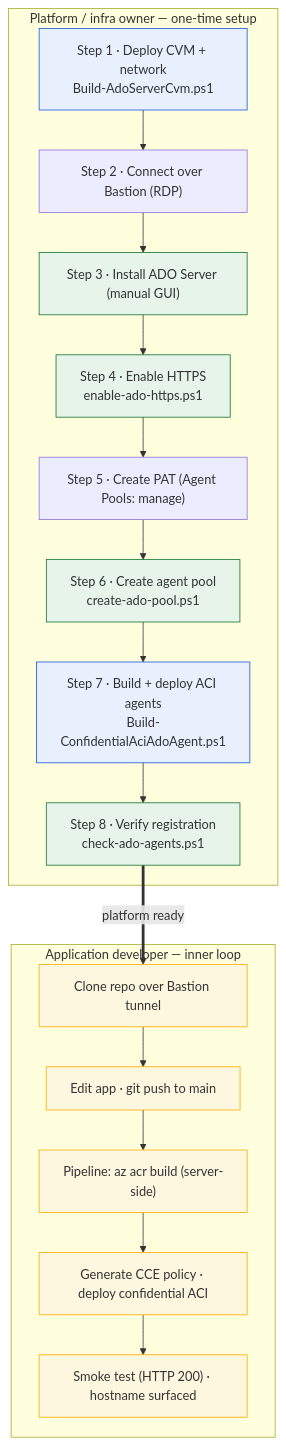
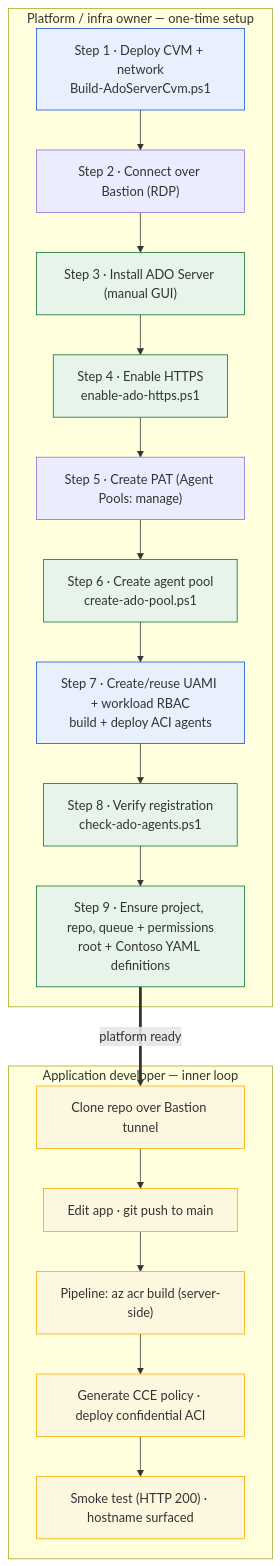
Before and after one commit to vinfnet/confidential-computing: the second of 3 diagrams in usecase-ado-server-iaas/README.md, drawn with Mermaid. The commit also changed other lines of this file and 7 other files, not shown here.

First line of the commit message:
feat(ado): checkpoint working confidential demo

````diff
--- a/usecase-ado-server-iaas/README.md
+++ b/usecase-ado-server-iaas/README.md
@@ -216,32 +227,33 @@
 ```mermaid
 flowchart TD
     subgraph setup["Platform / infra owner — one-time setup"]
         s1["Step 1 · Deploy CVM + network<br/>Build-AdoServerCvm.ps1"]
         s2["Step 2 · Connect over Bastion (RDP)"]
         s3["Step 3 · Install ADO Server (manual GUI)"]
         s4["Step 4 · Enable HTTPS<br/>enable-ado-https.ps1"]
         s5["Step 5 · Create PAT (Agent Pools: manage)"]
         s6["Step 6 · Create agent pool<br/>create-ado-pool.ps1"]
-        s7["Step 7 · Build + deploy ACI agents<br/>Build-ConfidentialAciAdoAgent.ps1"]
+        s7["Step 7 · Create/reuse UAMI + workload RBAC<br/>build + deploy ACI agents"]
         s8["Step 8 · Verify registration<br/>check-ado-agents.ps1"]
-        s1 --> s2 --> s3 --> s4 --> s5 --> s6 --> s7 --> s8
+        s9["Step 9 · Ensure project, repo, queue + permissions<br/>root + Contoso YAML definitions"]
+        s1 --> s2 --> s3 --> s4 --> s5 --> s6 --> s7 --> s8 --> s9
     end
 
     subgraph loop["Application developer — inner loop"]
         d1["Clone repo over Bastion tunnel"]
         d2["Edit app · git push to main"]
         d3["Pipeline: az acr build (server-side)"]
         d4["Generate CCE policy · deploy confidential ACI"]
         d5["Smoke test (HTTP 200) · hostname surfaced"]
         d1 --> d2 --> d3 --> d4 --> d5
     end
 
-    s8 ==>|"platform ready"| d1
+    s9 ==>|"platform ready"| d1
 
     classDef ws fill:#e8f0fe,stroke:#1a56db,stroke-width:1px;
     classDef vm fill:#e6f4ea,stroke:#137333,stroke-width:1px;
     classDef dev fill:#fef7e0,stroke:#f9ab00,stroke-width:1px;
     class s1,s7 ws;
-    class s3,s4,s6,s8 vm;
+    class s3,s4,s6,s8,s9 vm;
     class d1,d2,d3,d4,d5 dev;
 ```
````
